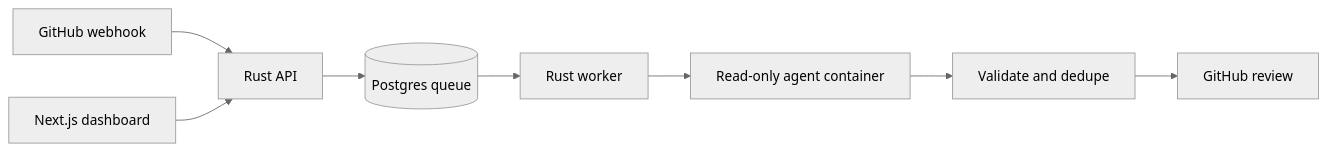
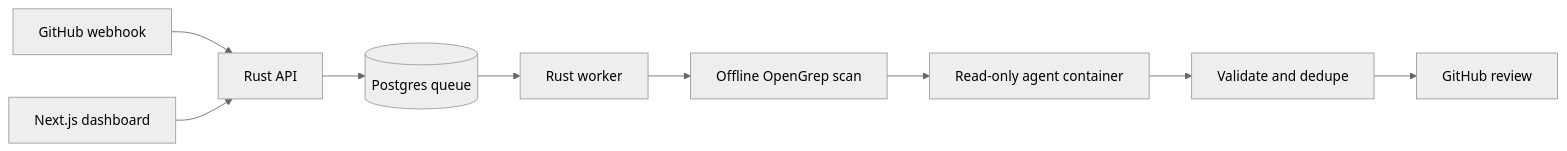
The diagram in README.md (kacigaya/crocode), drawn with Mermaid (neutral theme) before and after one commit. The commit also changed other lines of this file and 22 other files, not shown here.

First line of the commit message:
feat: add OpenGrep static analysis before review (#9)

````diff
--- a/README.md
+++ b/README.md
@@ -28,10 +28,11 @@
 ```mermaid
 flowchart LR
     GH[GitHub webhook] --> API[Rust API]
     API --> DB[(Postgres queue)]
     DB --> Worker[Rust worker]
-    Worker --> Sandbox[Read-only agent container]
+    Worker --> SAST[Offline OpenGrep scan]
+    SAST --> Sandbox[Read-only agent container]
     Sandbox --> Validate[Validate and dedupe]
     Validate --> Review[GitHub review]
     Web[Next.js dashboard] --> API
 ```
````
